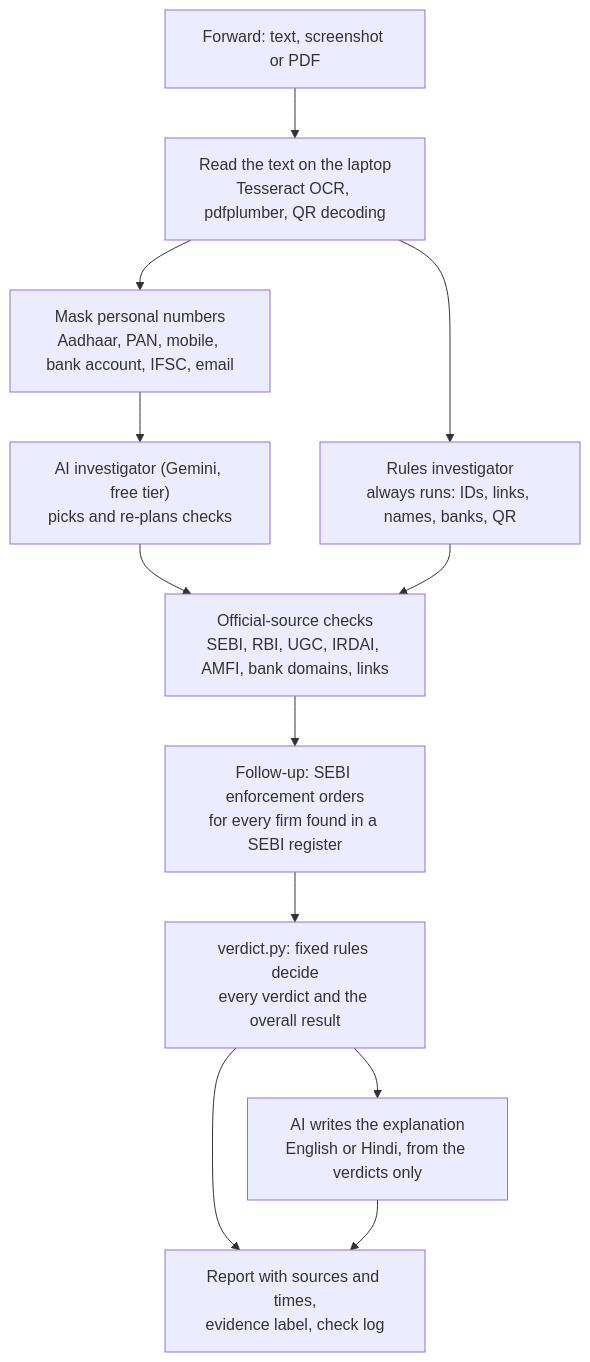
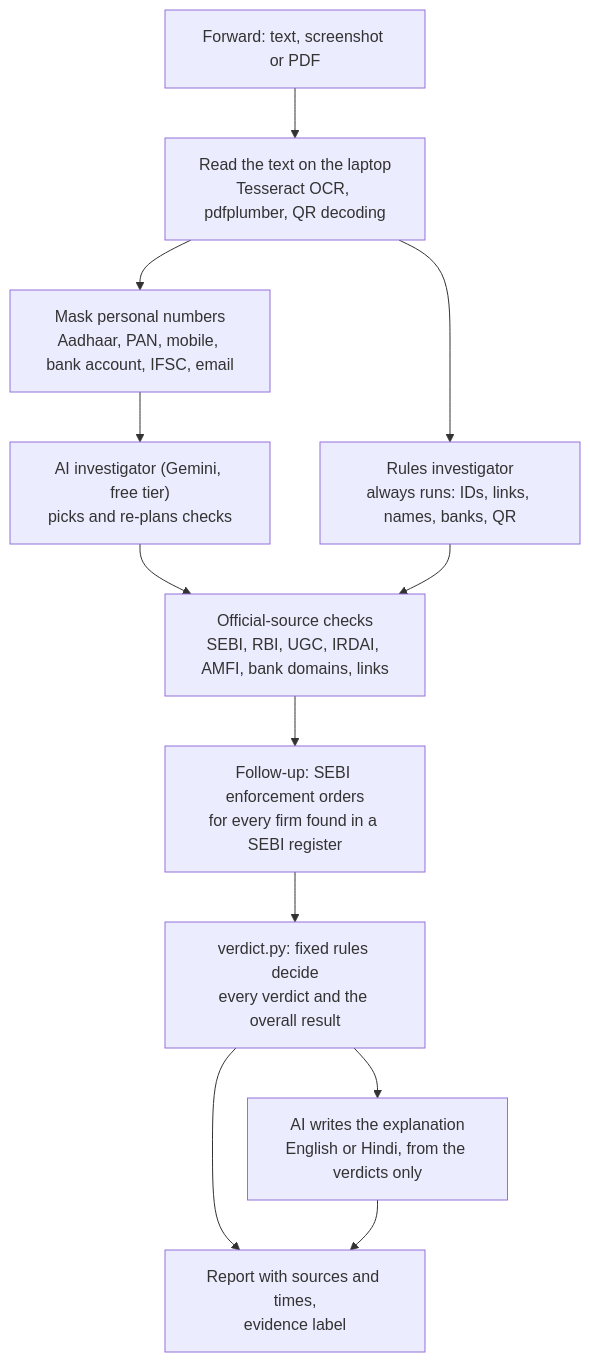
The diagram in README.md (VihanS9750/Parakh-verify), drawn with Mermaid before and after one commit. The commit also changed other lines of this file and 10 other files, not shown here.

First line of the commit message:
Redesign: sidebar nav, report page, flowchart, linked sources, no history

````diff
--- a/README.md
+++ b/README.md
@@ -32,14 +32,14 @@
 ```mermaid
 flowchart TD
     A["Forward: text, screenshot or PDF"] --> B["Read the text on the laptop<br/>Tesseract OCR, pdfplumber, QR decoding"]
     B --> C["Mask personal numbers<br/>Aadhaar, PAN, mobile, bank account, IFSC, email"]
     C --> D["AI investigator (Gemini, free tier)<br/>picks and re-plans checks"]
     B --> E["Rules investigator<br/>always runs: IDs, links, names, banks, QR"]
     D --> F["Official-source checks<br/>SEBI, RBI, UGC, IRDAI, AMFI, bank domains, links"]
     E --> F
     F --> G["Follow-up: SEBI enforcement orders<br/>for every firm found in a SEBI register"]
     G --> H["verdict.py: fixed rules decide<br/>every verdict and the overall result"]
     H --> I["AI writes the explanation<br/>English or Hindi, from the verdicts only"]
-    H --> J["Report with sources and times,<br/>evidence label, check log"]
+    H --> J["Report with sources and times,<br/>evidence label"]
     I --> J
 ```
````
